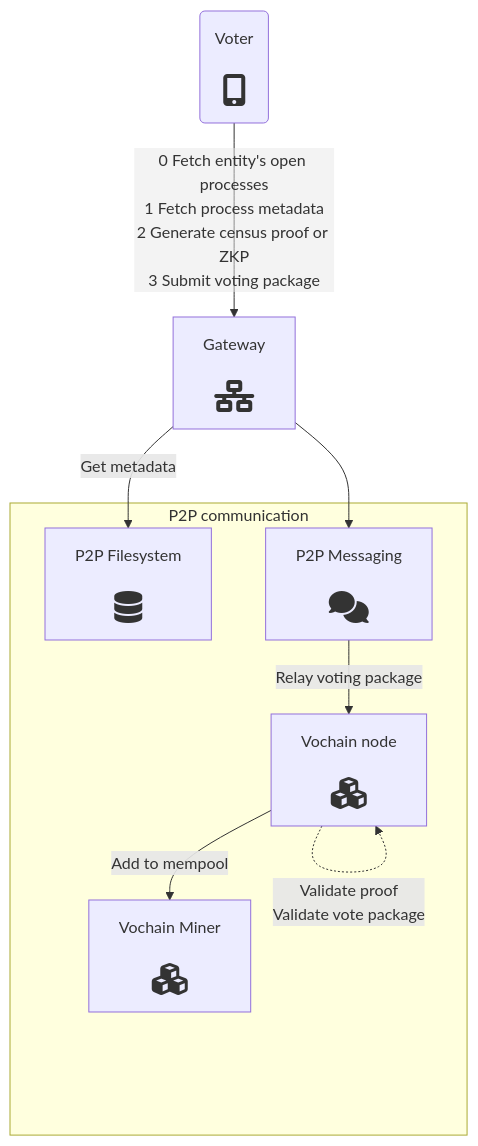
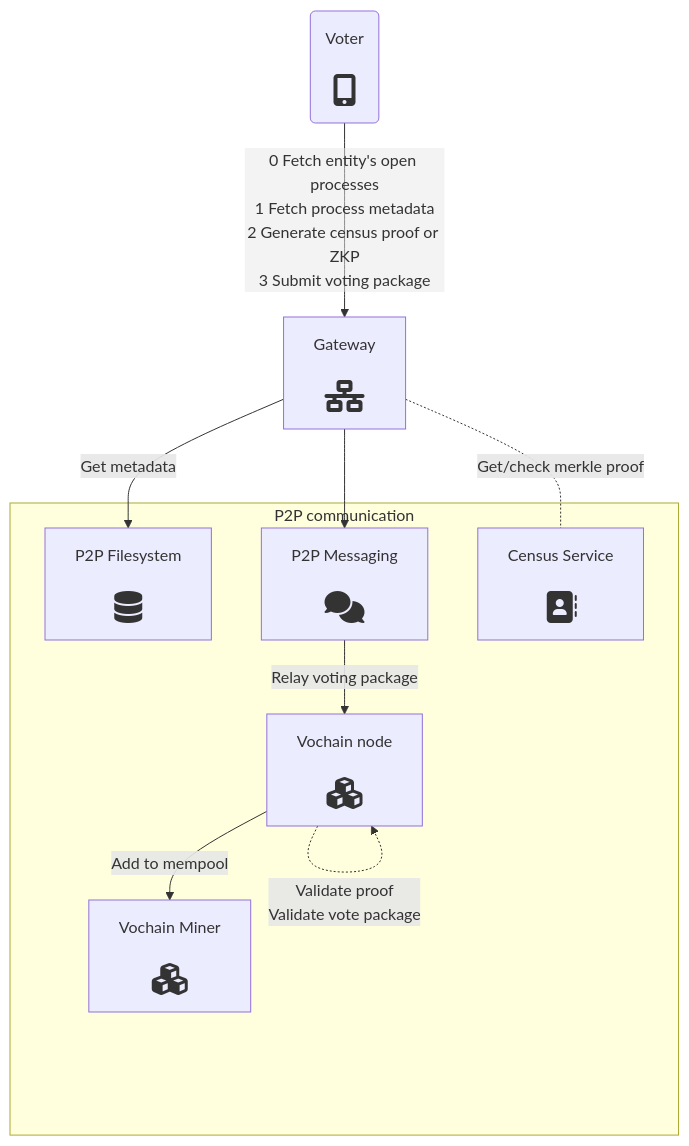
The second of 3 diagrams in src/architecture/process-overview.md (vocdoni/docs), drawn with Mermaid before and after one commit. The commit also changed other lines of this file and 5 other files, not shown here.

Commit message:
Recover census service components

````diff
--- a/src/architecture/process-overview.md
+++ b/src/architecture/process-overview.md
@@ -44,25 +44,28 @@
 ```mermaid
 
 graph TD
 APP(<center>Voter<br/><br/><i class='fa fa-2x fa-mobile-alt'/></center>)
 DATA[<center>P2P Filesystem<br/><br/><i class='fa fa-2x fa-database'/></center>]
 GW[<center>Gateway<br/><br/><i class='fa fa-2x fa-network-wired'/></center>]
 PSS[<center>P2P Messaging<br/><br/><i class='fa fa-2x fa-comments'/></center>]
+CS[<center>Census Service<br/><br/><i class='fa fa-2x fa-address-book'/></center>]
 VN[<center>Vochain node<br/><br/><i class='fa fa-2x fa-cubes'/></center>]
 VM[<center>Vochain Miner<br/><br/><i class='fa fa-2x fa-cubes'/></center>]
 
 APP -->|<center>0 Fetch entity's open processes<br/>1 Fetch process metadata<br/>2 Generate census proof or ZKP<br/>3 Submit voting package</center>| GW
 GW -->|Get metadata|DATA
 GW --> PSS
+GW -.-|Get/check merkle proof|CS
 PSS -->|Relay voting package|VN
 VN -->|Add to mempool|VM
 VN -.->|Validate proof<br/>Validate vote package|VN
 
 subgraph P2P communication
 	VM
 	DATA
 	PSS
 	VN
+	CS
 end
 
 ```
````
